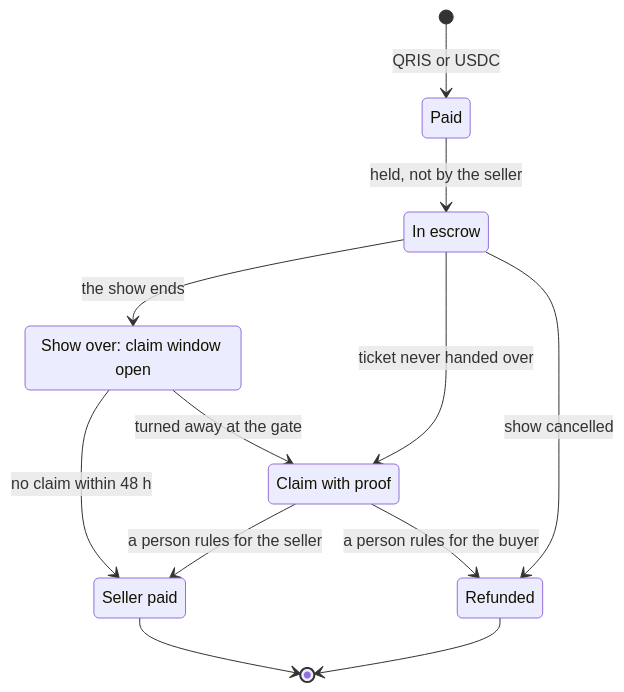
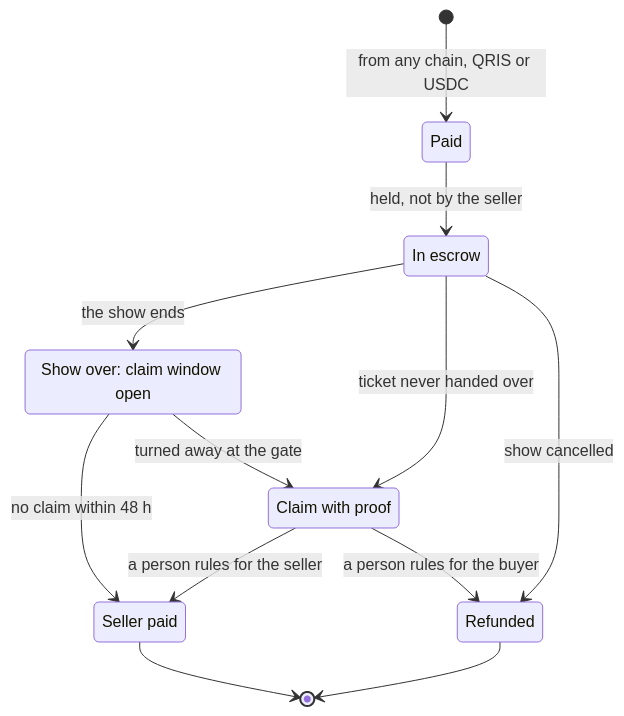
The fourth of 4 diagrams in README.md (Lummy-Ticket/lummy), drawn with Mermaid before and after one commit. The commit also changed other lines of this file and 2 other files, not shown here.

````diff
--- a/README.md
+++ b/README.md
@@ -108,20 +196,20 @@
 ```mermaid
 stateDiagram-v2
     state "Paid" as paid
     state "In escrow" as escrow
     state "Show over: claim window open" as window
     state "Claim with proof" as claim
     state "Seller paid" as released
     state "Refunded" as refunded
-    [*] --> paid: QRIS or USDC
+    [*] --> paid: from any chain, QRIS or USDC
     paid --> escrow: held, not by the seller
     escrow --> window: the show ends
     window --> released: no claim within 48 h
     window --> claim: turned away at the gate
     escrow --> claim: ticket never handed over
     claim --> refunded: a person rules for the buyer
     claim --> released: a person rules for the seller
     escrow --> refunded: show cancelled
     released --> [*]
     refunded --> [*]
 ```
````
